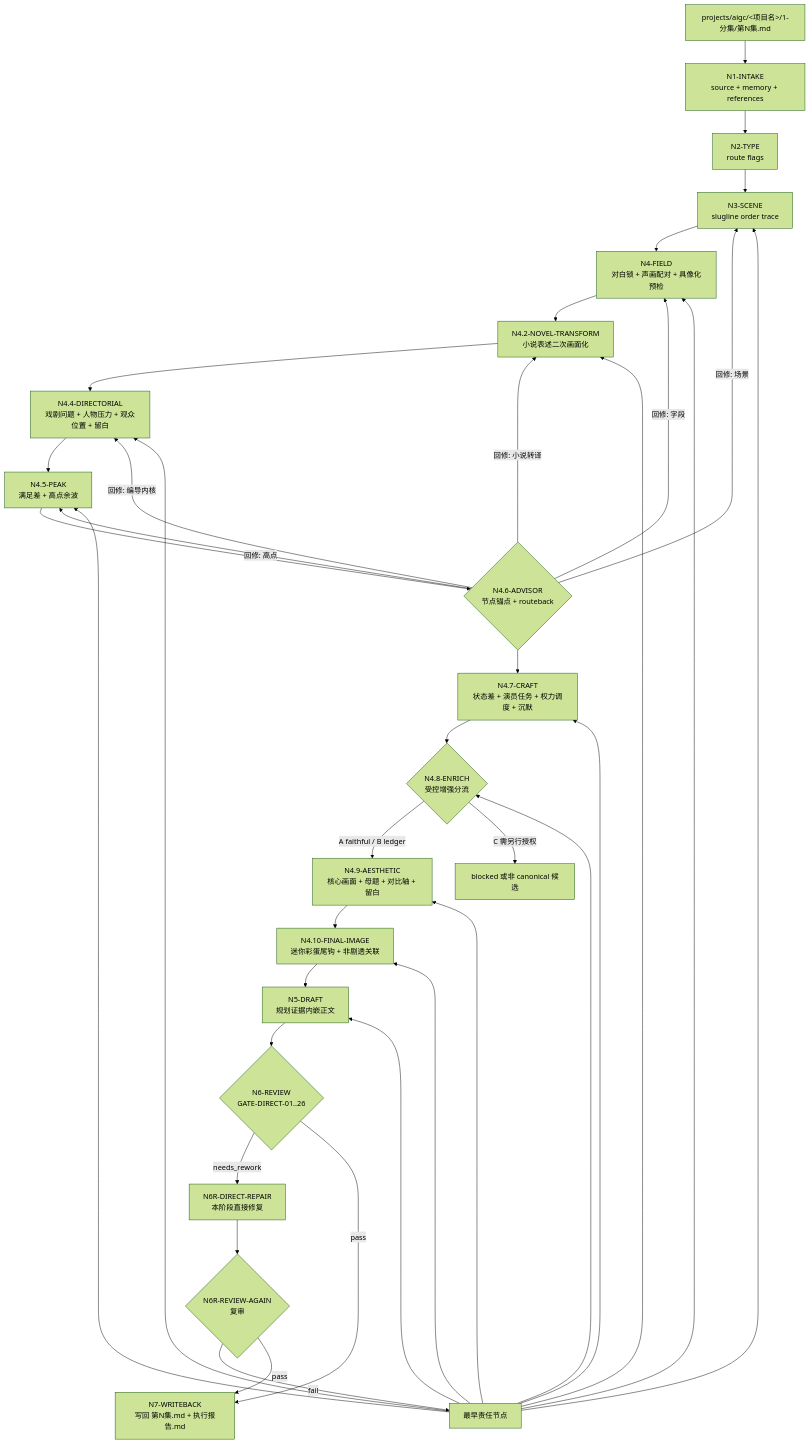
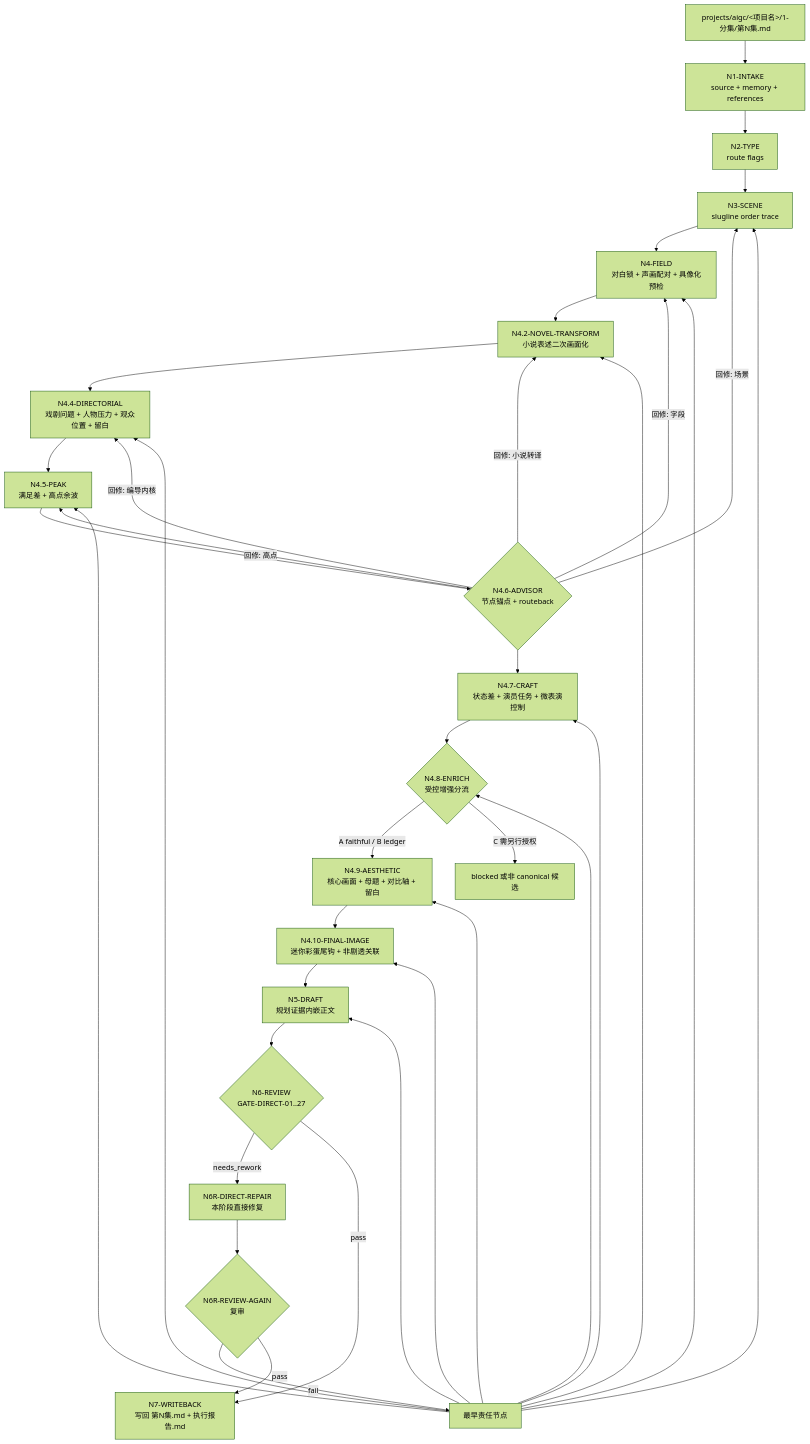
One commit to ZEN-VOID/AI-CUT changed the first of 2 diagrams in .agents/skills/aigc/2-编导/SKILL.md. Above: the diagram before and after it, drawn with Mermaid (forest theme). The commit also changed other lines of this file and 44 other files, not shown here.

````diff
--- a/.agents/skills/aigc/2-编导/SKILL.md
+++ b/.agents/skills/aigc/2-编导/SKILL.md
@@ -184,38 +186,38 @@
 ```mermaid
 flowchart TD
     A["projects/aigc/<项目名>/1-分集/第N集.md"] --> B["N1-INTAKE\nsource + memory + references"]
     B --> C["N2-TYPE\nroute flags"]
     C --> D["N3-SCENE\nslugline order trace"]
     D --> E["N4-FIELD\n对白锁 + 声画配对 + 具像化预检"]
     E --> NT["N4.2-NOVEL-TRANSFORM\n小说表述二次画面化"]
     NT --> S["N4.4-DIRECTORIAL\n戏剧问题 + 人物压力 + 观众位置 + 留白"]
     S --> P["N4.5-PEAK\n满足差 + 高点余波"]
     P --> A1{"N4.6-ADVISOR\n节点锚点 + routeback"}
     A1 -->|"回修: 场景"| D
     A1 -->|"回修: 字段"| E
     A1 -->|"回修: 小说转译"| NT
     A1 -->|"回修: 编导内核"| S
     A1 -->|"回修: 高点"| P
-    A1 --> K["N4.7-CRAFT\n状态差 + 演员任务 + 权力调度 + 沉默"]
+    A1 --> K["N4.7-CRAFT\n状态差 + 演员任务 + 微表演控制"]
     K --> L{"N4.8-ENRICH\n受控增强分流"}
     L -->|"A faithful / B ledger"| VA["N4.9-AESTHETIC\n核心画面 + 母题 + 对比轴 + 留白"]
     L -->|"C 需另行授权"| X["blocked 或非 canonical 候选"]
     VA --> FI["N4.10-FINAL-IMAGE\n迷你彩蛋尾钩 + 非剧透关联"]
     FI --> M["N5-DRAFT\n规划证据内嵌正文"]
-    M --> R{"N6-REVIEW\nGATE-DIRECT-01..26"}
+    M --> R{"N6-REVIEW\nGATE-DIRECT-01..27"}
     R -->|"needs_rework"| RR["N6R-DIRECT-REPAIR\n本阶段直接修复"]
     RR --> R2{"N6R-REVIEW-AGAIN\n复审"}
     R2 -->|"fail"| RB["最早责任节点"]
     RB --> D
     RB --> E
     RB --> NT
     RB --> S
     RB --> P
     RB --> K
     RB --> L
     RB --> VA
     RB --> FI
     RB --> M
     R2 -->|"pass"| W["N7-WRITEBACK\n写回 第N集.md + 执行报告.md"]
     R -->|"pass"| W
 ```
````
